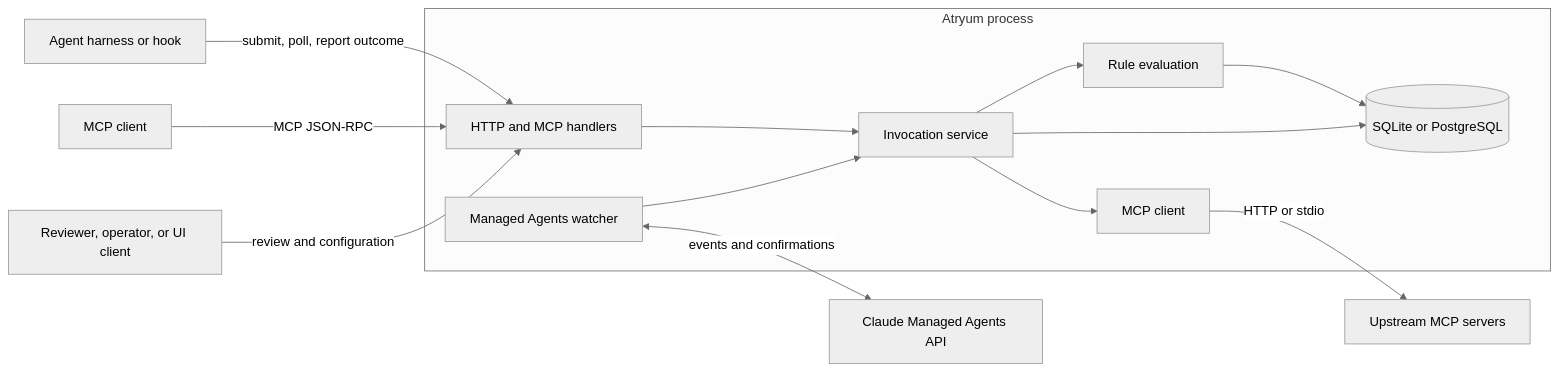
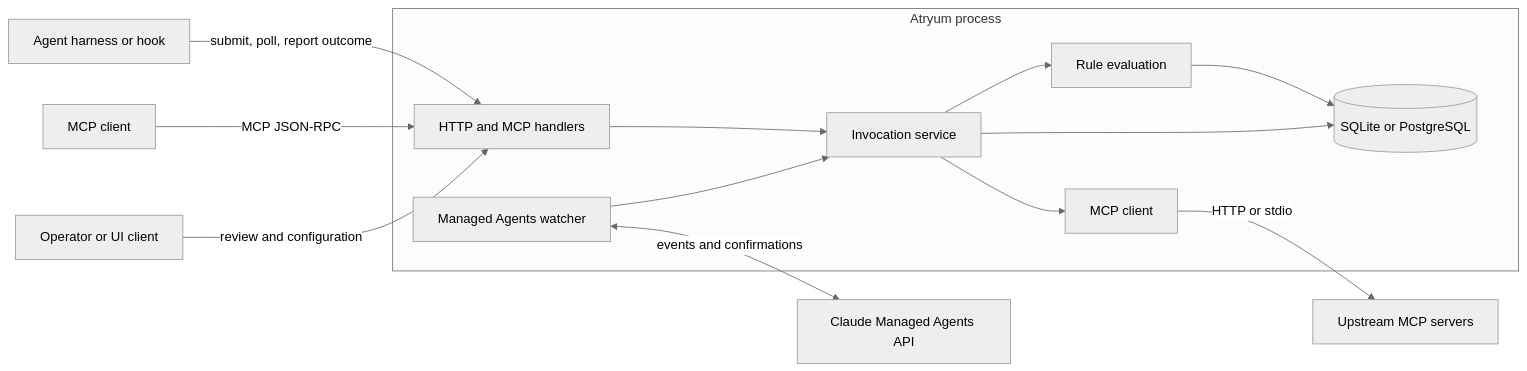
Before and after one commit to validmind/atryum: the first of 5 diagrams in docs/architecture.md, drawn with Mermaid (neutral theme). The commit also changed other lines of this file and 4 other files, not shown here.

````diff
--- a/docs/architecture.md
+++ b/docs/architecture.md
@@ -13,28 +13,28 @@
 ```mermaid
 flowchart LR
     Hook[Agent harness or hook]
     MCP[MCP client]
     Claude[Claude Managed Agents API]
-    Operator[Reviewer, operator, or UI client]
+    Operator[Operator or UI client]
 
     subgraph Atryum[Atryum process]
         API[HTTP and MCP handlers]
         Watcher[Managed Agents watcher]
         Service[Invocation service]
         Rules[Rule evaluation]
         Store[(SQLite or PostgreSQL)]
         Upstream[MCP client]
     end
 
     Hook -->|submit, poll, report outcome| API
     MCP -->|MCP JSON-RPC| API
     Operator -->|review and configuration| API
     Watcher <-->|events and confirmations| Claude
     API --> Service
     Watcher --> Service
     Service --> Rules
     Rules --> Store
     Service --> Store
     Service --> Upstream
     Upstream -->|HTTP or stdio| Tools[Upstream MCP servers]
 ```
````
